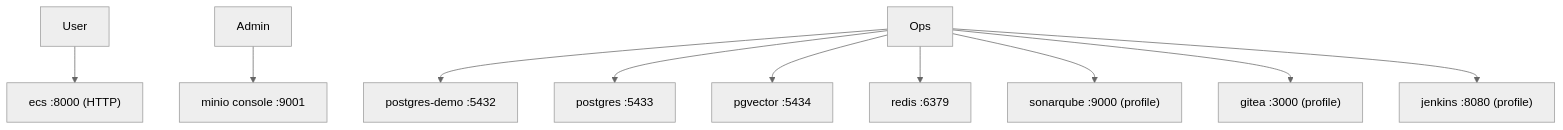
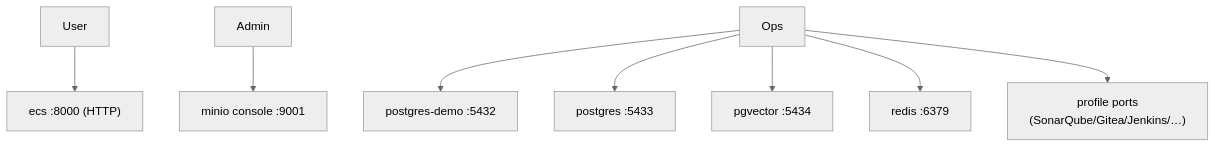
Before and after one commit to ECS-Platform/ecs-enterprise-backup: the fourth of 7 diagrams in docs/02-architecture/architecture/ecs_deployment_architecture.md, drawn with Mermaid (neutral theme). The commit also changed other lines of this file and 25 other files, not shown here.

Commit message:
docs: complete Phase-1 architecture documentation

````diff
--- a/docs/02-architecture/architecture/ecs_deployment_architecture.md
+++ b/docs/02-architecture/architecture/ecs_deployment_architecture.md
@@ -118,12 +185,10 @@
 ```mermaid
 graph TD
   User --> P8000["ecs :8000 (HTTP)"]
   Admin --> P9001["minio console :9001"]
   Ops --> P5432["postgres-demo :5432"]
   Ops --> P5433["postgres :5433"]
   Ops --> P5434["pgvector :5434"]
   Ops --> P6379["redis :6379"]
-  Ops --> P9000["sonarqube :9000 (profile)"]
-  Ops --> P3000["gitea :3000 (profile)"]
-  Ops --> P8080["jenkins :8080 (profile)"]
+  Ops --> Profiles["profile ports\n(SonarQube/Gitea/Jenkins/…)"]
 ```
````
